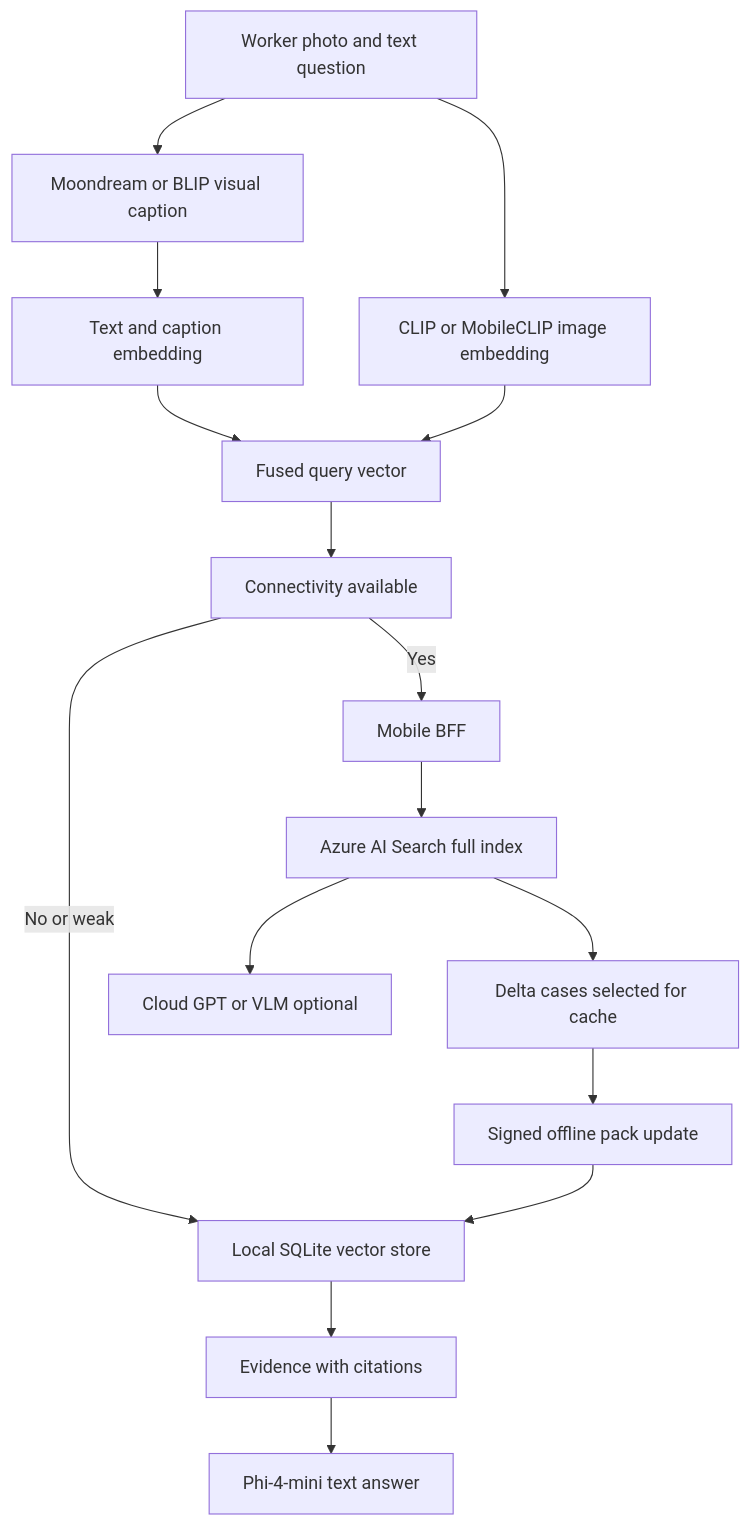
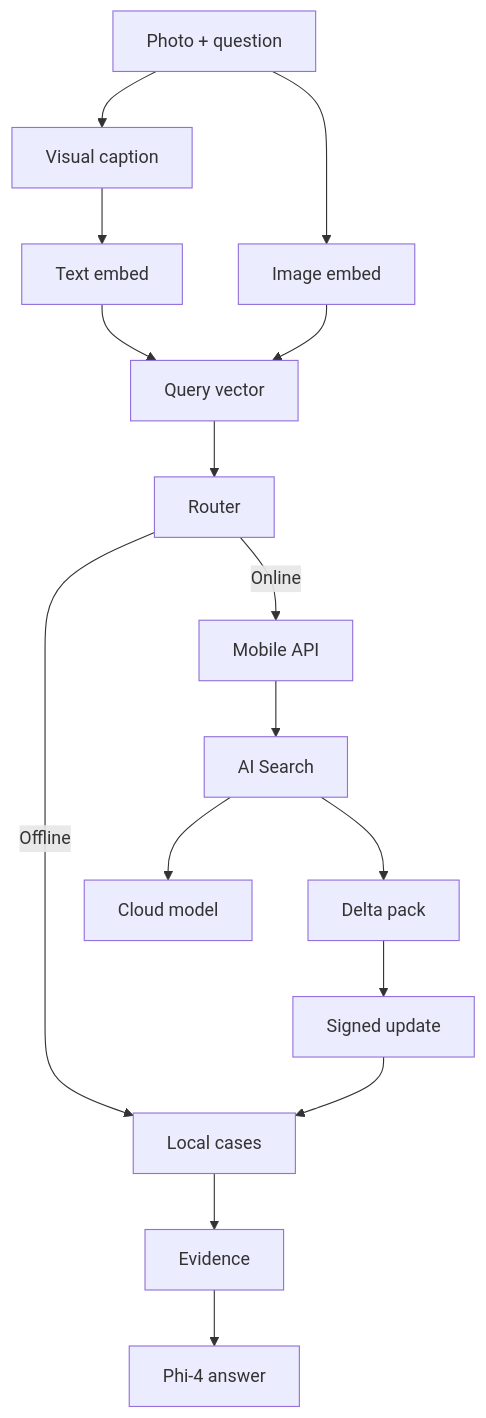
The diagram in README.md (samsonlee0907/hybrid-rag-with-slm), drawn with Mermaid before and after one commit. The commit also changed other lines of this file and 11 other files, not shown here.

Commit message:
Polish public RAG docs and diagrams

````diff
--- a/README.md
+++ b/README.md
@@ -26,18 +26,18 @@
 ```mermaid
 flowchart TD
-  A["Worker photo and text question"] --> B["Moondream or BLIP visual caption"]
-  A --> C["CLIP or MobileCLIP image embedding"]
-  B --> D["Text and caption embedding"]
-  C --> E["Fused query vector"]
+  A["Photo + question"] --> B["Visual caption"]
+  A --> C["Image embed"]
+  B --> D["Text embed"]
+  C --> E["Query vector"]
   D --> E
-  E --> F["Connectivity available"]
-  F -->|No or weak| G["Local SQLite vector store"]
-  G --> H["Evidence with citations"]
-  H --> I["Phi-4-mini text answer"]
-  F -->|Yes| J["Mobile BFF"]
-  J --> K["Azure AI Search full index"]
-  K --> L["Cloud GPT or VLM optional"]
-  K --> M["Delta cases selected for cache"]
-  M --> N["Signed offline pack update"]
+  E --> F["Router"]
+  F -->|Offline| G["Local cases"]
+  G --> H["Evidence"]
+  H --> I["Phi-4 answer"]
+  F -->|Online| J["Mobile API"]
+  J --> K["AI Search"]
+  K --> L["Cloud model"]
+  K --> M["Delta pack"]
+  M --> N["Signed update"]
   N --> G
 ```
````
